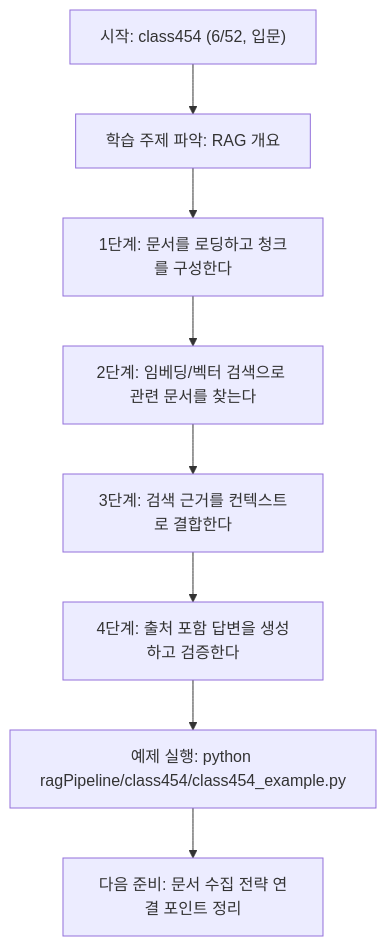
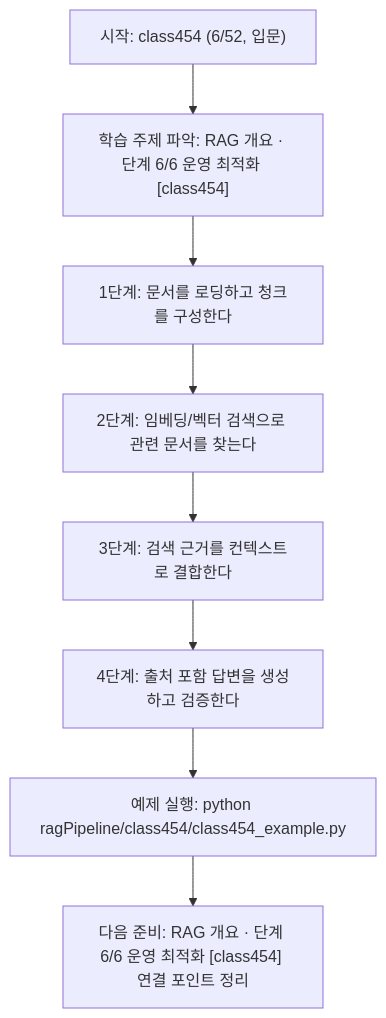
The diagram in ragPipeline/class454/class454.md (edumgt/Python-AI_Agent-Class), drawn with Mermaid before and after one commit. The commit also changed other lines of this file and 522 other files, not shown here.

````diff
--- a/ragPipeline/class454/class454.md
+++ b/ragPipeline/class454/class454.md
@@ -109,18 +110,18 @@
 ```mermaid
 flowchart TD
 N1["시작: class454 (6/52, 입문)"]
-N2["학습 주제 파악: RAG 개요"]
+N2["학습 주제 파악: RAG 개요 · 단계 6/6 운영 최적화 [class454]"]
 N3["1단계: 문서를 로딩하고 청크를 구성한다"]
 N4["2단계: 임베딩/벡터 검색으로 관련 문서를 찾는다"]
 N5["3단계: 검색 근거를 컨텍스트로 결합한다"]
 N6["4단계: 출처 포함 답변을 생성하고 검증한다"]
 N7["예제 실행: python ragPipeline/class454/class454_example.py"]
-N8["다음 준비: 문서 수집 전략 연결 포인트 정리"]
+N8["다음 준비: RAG 개요 · 단계 6/6 운영 최적화 [class454] 연결 포인트 정리"]
 N1 --> N2
 N2 --> N3
 N3 --> N4
 N4 --> N5
 N5 --> N6
 N6 --> N7
 N7 --> N8
 ```
````
